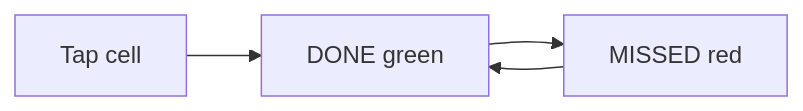
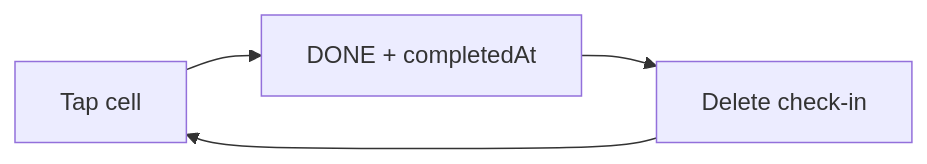
The fourth of 6 diagrams in docs/design/user-flows.md (OwenBueno/Stella-Project), drawn with Mermaid before and after one commit. The commit also changed other lines of this file and 171 other files, not shown here.

````diff
--- a/docs/design/user-flows.md
+++ b/docs/design/user-flows.md
@@ -98,6 +101,6 @@
 ```mermaid
 flowchart LR
-  Tap[Tap cell] --> Done[DONE green]
-  Done --> Missed[MISSED red]
-  Missed --> Done
+  Tap[Tap cell] --> Done[DONE + completedAt]
+  Done --> Clear[Delete check-in]
+  Clear --> Tap
 ```
````
